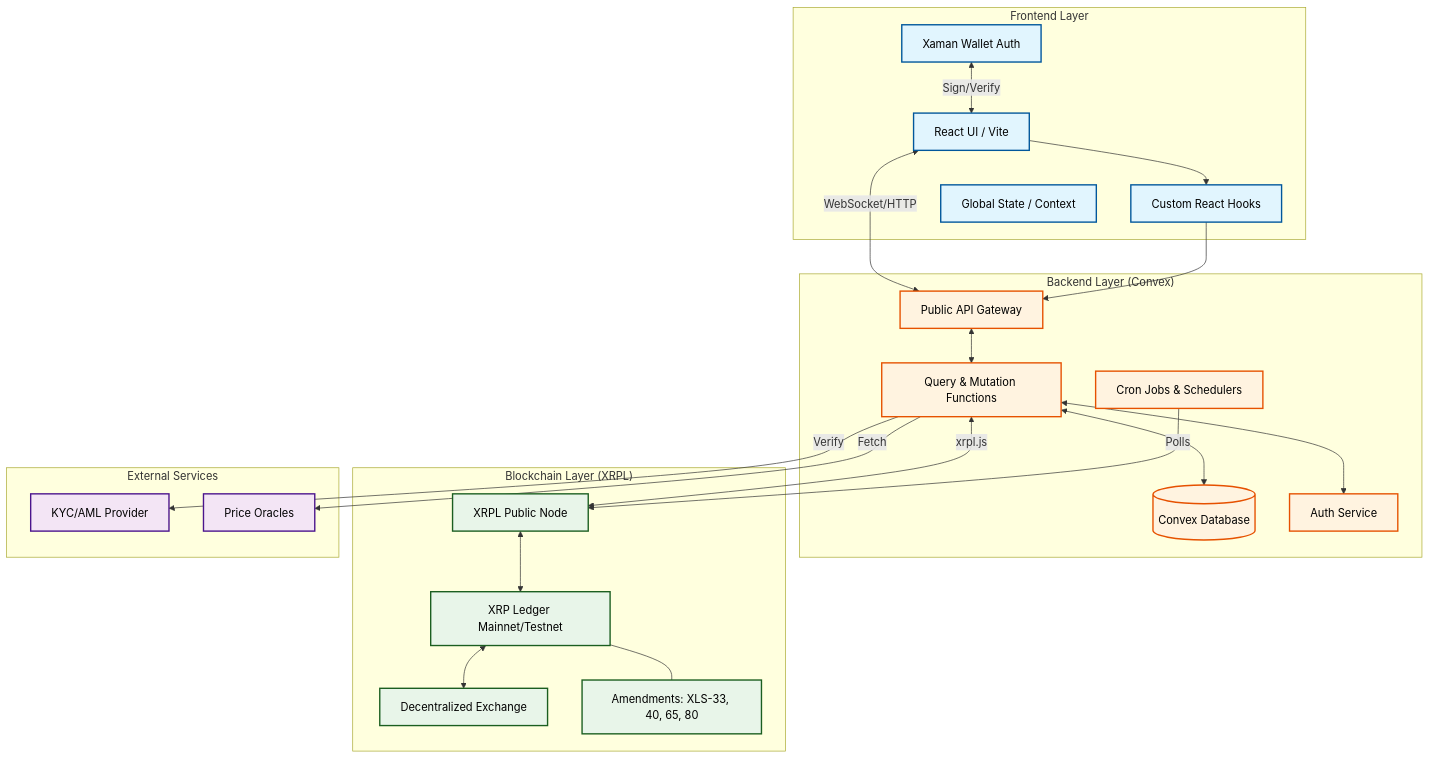
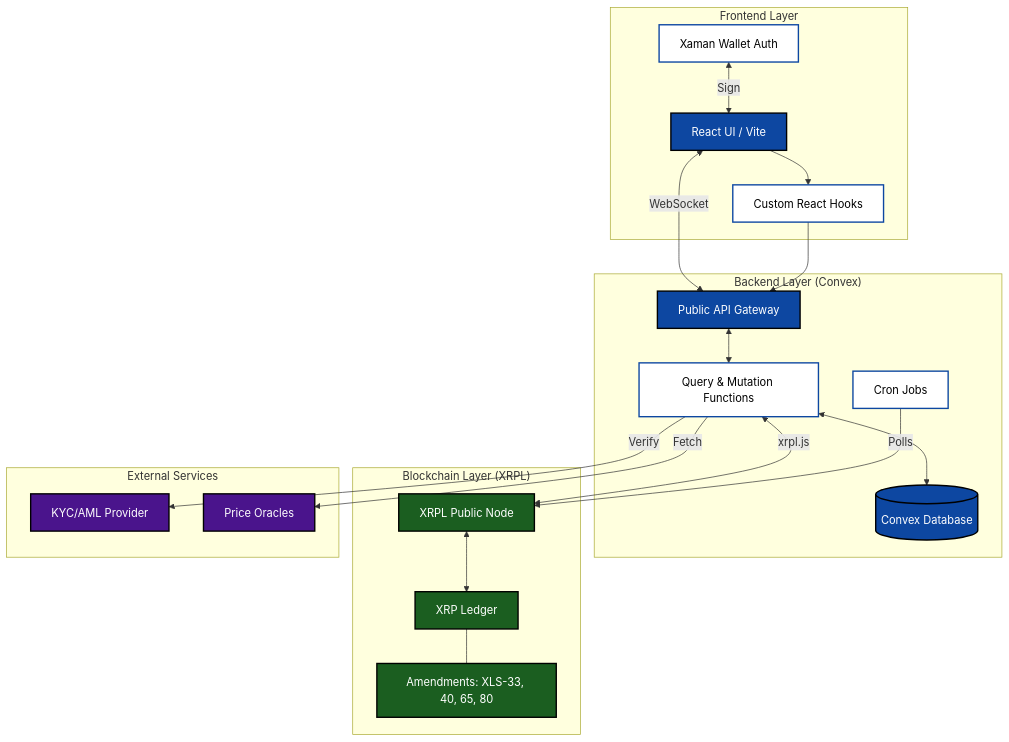
Before and after one commit to MrDecryptDecipher/xrpl-institutional-fund-management: the first of 17 diagrams in README.md, drawn with Mermaid. The commit also changed other lines of this file, not shown here.

Commit message:
docs: final polish of readme with high-contrast diagrams and fixes

````diff
--- a/README.md
+++ b/README.md
@@ -20,53 +27,48 @@
 ```mermaid
 graph TD
-    %% Styles
-    classDef frontend fill:#e1f5fe,stroke:#01579b,stroke-width:2px,color:#000;
-    classDef backend fill:#fff3e0,stroke:#e65100,stroke-width:2px,color:#000;
-    classDef ledger fill:#e8f5e9,stroke:#1b5e20,stroke-width:2px,color:#000;
-    classDef external fill:#f3e5f5,stroke:#4a148c,stroke-width:2px,color:#000;
+    %% Theme: Institutional Navy & White
+    classDef primary fill:#0D47A1,stroke:#000,stroke-width:2px,color:#fff;
+    classDef secondary fill:#fff,stroke:#0D47A1,stroke-width:2px,color:#000;
+    classDef ledger fill:#1B5E20,stroke:#000,stroke-width:2px,color:#fff;
+    classDef external fill:#4A148C,stroke:#000,stroke-width:2px,color:#fff;
 
     subgraph "Frontend Layer"
-        UI[React UI / Vite]:::frontend
-        Auth[Xaman Wallet Auth]:::frontend
-        Hooks[Custom React Hooks]:::frontend
-        State[Global State / Context]:::frontend
+        UI[React UI / Vite]:::primary
+        Auth[Xaman Wallet Auth]:::secondary
+        Hooks[Custom React Hooks]:::secondary
     end
 
     subgraph "Backend Layer (Convex)"
-        API[Public API Gateway]:::backend
-        Functions[Query & Mutation Functions]:::backend
-        Scheduler[Cron Jobs & Schedulers]:::backend
-        DB[(Convex Database)]:::backend
-        AuthService[Auth Service]:::backend
+        API[Public API Gateway]:::primary
+        Functions[Query & Mutation Functions]:::secondary
+        Scheduler[Cron Jobs]:::secondary
+        DB[(Convex Database)]:::primary
     end
 
     subgraph "Blockchain Layer (XRPL)"
         Node[XRPL Public Node]:::ledger
-        Ledger[XRP Ledger Mainnet/Testnet]:::ledger
-        DEX[Decentralized Exchange]:::ledger
+        Ledger[XRP Ledger]:::ledger
         AMEND[Amendments: XLS-33, 40, 65, 80]:::ledger
     end
 
     subgraph "External Services"
         KYC[KYC/AML Provider]:::external
         Oracle[Price Oracles]:::external
     end
 
-    UI <-->|WebSocket/HTTP| API
-    Auth <-->|Sign/Verify| UI
+    UI <-->|WebSocket| API
+    Auth <-->|Sign| UI
     UI --> Hooks
     Hooks --> API
     
     API <--> Functions
     Functions <--> DB
-    Functions <--> AuthService
     Functions <-->|xrpl.js| Node
     
     Node <--> Ledger
     Ledger --- AMEND
-    Ledger <--> DEX
     
     Scheduler -->|Polls| Node
     Functions -->|Verify| KYC
     Functions -->|Fetch| Oracle
 ```
````
